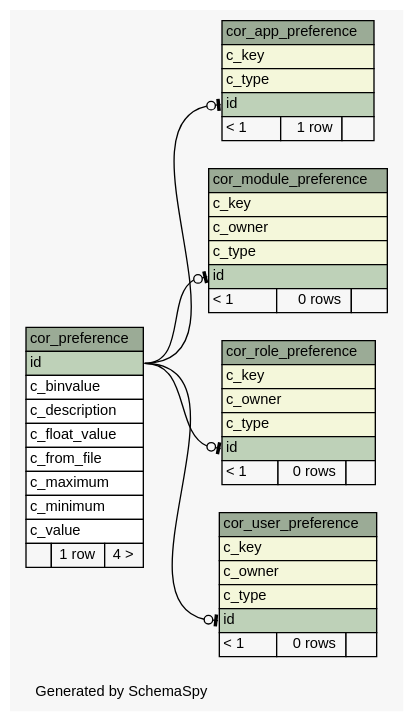
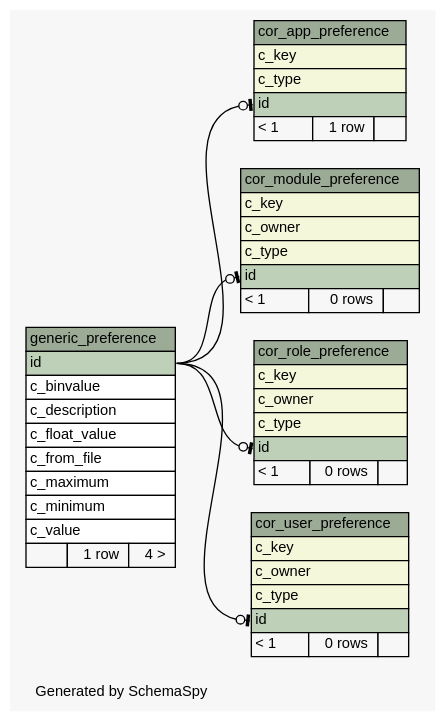
The diagram in schemaspy/diagrams/summary/relationships.real.large.dot (openwms/org.openwms.core.preferences.lib), drawn with Graphviz before and after one commit. The commit also changed 270 other files, not shown here.

```diff
--- a/schemaspy/diagrams/summary/relationships.real.large.dot
+++ b/schemaspy/diagrams/summary/relationships.real.large.dot
@@ -1,94 +1,94 @@
-// dot 2.38.0 on Linux 4.15.0-1037-gcp
+// dot 2.36.0 on Linux 4.4.0-101-generic
 // SchemaSpy rev Unknown
 digraph "largeRelationshipsDiagram" {
   graph [
     rankdir="RL"
     bgcolor="#f7f7f7"
     label="\nGenerated by SchemaSpy"
     labeljust="l"
     nodesep="0.18"
     ranksep="0.46"
     fontname="Helvetica"
     fontsize="11"
   ];
   node [
     fontname="Helvetica"
     fontsize="11"
     shape="plaintext"
   ];
   edge [
     arrowsize="0.8"
   ];
   "cor_app_preference" [
     label=<
     <TABLE BORDER="0" CELLBORDER="1" CELLSPACING="0" BGCOLOR="#ffffff">
       <TR><TD COLSPAN="3" BGCOLOR="#9bab96" ALIGN="CENTER">cor_app_preference</TD></TR>
       <TR><TD PORT="c_key" COLSPAN="3" BGCOLOR="#f4f7da" ALIGN="LEFT">c_key</TD></TR>
       <TR><TD PORT="c_type" COLSPAN="3" BGCOLOR="#f4f7da" ALIGN="LEFT">c_type</TD></TR>
       <TR><TD PORT="id" COLSPAN="3" BGCOLOR="#bed1b8" ALIGN="LEFT">id</TD></TR>
       <TR><TD ALIGN="LEFT" BGCOLOR="#f7f7f7">&lt; 1</TD><TD ALIGN="RIGHT" BGCOLOR="#f7f7f7">1 row</TD><TD ALIGN="RIGHT" BGCOLOR="#f7f7f7">  </TD></TR>
     </TABLE>>
     URL="tables/cor_app_preference.html"
     tooltip="cor_app_preference"
   ];
   "cor_module_preference" [
     label=<
     <TABLE BORDER="0" CELLBORDER="1" CELLSPACING="0" BGCOLOR="#ffffff">
       <TR><TD COLSPAN="3" BGCOLOR="#9bab96" ALIGN="CENTER">cor_module_preference</TD></TR>
       <TR><TD PORT="c_key" COLSPAN="3" BGCOLOR="#f4f7da" ALIGN="LEFT">c_key</TD></TR>
       <TR><TD PORT="c_owner" COLSPAN="3" BGCOLOR="#f4f7da" ALIGN="LEFT">c_owner</TD></TR>
       <TR><TD PORT="c_type" COLSPAN="3" BGCOLOR="#f4f7da" ALIGN="LEFT">c_type</TD></TR>
       <TR><TD PORT="id" COLSPAN="3" BGCOLOR="#bed1b8" ALIGN="LEFT">id</TD></TR>
       <TR><TD ALIGN="LEFT" BGCOLOR="#f7f7f7">&lt; 1</TD><TD ALIGN="RIGHT" BGCOLOR="#f7f7f7">0 rows</TD><TD ALIGN="RIGHT" BGCOLOR="#f7f7f7">  </TD></TR>
     </TABLE>>
     URL="tables/cor_module_preference.html"
     tooltip="cor_module_preference"
   ];
-  "cor_preference" [
-    label=<
-    <TABLE BORDER="0" CELLBORDER="1" CELLSPACING="0" BGCOLOR="#ffffff">
-      <TR><TD COLSPAN="3" BGCOLOR="#9bab96" ALIGN="CENTER">cor_preference</TD></TR>
-      <TR><TD PORT="id" COLSPAN="3" BGCOLOR="#bed1b8" ALIGN="LEFT">id</TD></TR>
-      <TR><TD PORT="c_binvalue" COLSPAN="3" ALIGN="LEFT">c_binvalue</TD></TR>
-      <TR><TD PORT="c_description" COLSPAN="3" ALIGN="LEFT">c_description</TD></TR>
-      <TR><TD PORT="c_float_value" COLSPAN="3" ALIGN="LEFT">c_float_value</TD></TR>
-      <TR><TD PORT="c_from_file" COLSPAN="3" ALIGN="LEFT">c_from_file</TD></TR>
-      <TR><TD PORT="c_maximum" COLSPAN="3" ALIGN="LEFT">c_maximum</TD></TR>
-      <TR><TD PORT="c_minimum" COLSPAN="3" ALIGN="LEFT">c_minimum</TD></TR>
-      <TR><TD PORT="c_value" COLSPAN="3" ALIGN="LEFT">c_value</TD></TR>
-      <TR><TD ALIGN="LEFT" BGCOLOR="#f7f7f7">  </TD><TD ALIGN="RIGHT" BGCOLOR="#f7f7f7">1 row</TD><TD ALIGN="RIGHT" BGCOLOR="#f7f7f7">4 &gt;</TD></TR>
-    </TABLE>>
-    URL="tables/cor_preference.html"
-    tooltip="cor_preference"
-  ];
   "cor_role_preference" [
     label=<
     <TABLE BORDER="0" CELLBORDER="1" CELLSPACING="0" BGCOLOR="#ffffff">
       <TR><TD COLSPAN="3" BGCOLOR="#9bab96" ALIGN="CENTER">cor_role_preference</TD></TR>
       <TR><TD PORT="c_key" COLSPAN="3" BGCOLOR="#f4f7da" ALIGN="LEFT">c_key</TD></TR>
       <TR><TD PORT="c_owner" COLSPAN="3" BGCOLOR="#f4f7da" ALIGN="LEFT">c_owner</TD></TR>
       <TR><TD PORT="c_type" COLSPAN="3" BGCOLOR="#f4f7da" ALIGN="LEFT">c_type</TD></TR>
       <TR><TD PORT="id" COLSPAN="3" BGCOLOR="#bed1b8" ALIGN="LEFT">id</TD></TR>
       <TR><TD ALIGN="LEFT" BGCOLOR="#f7f7f7">&lt; 1</TD><TD ALIGN="RIGHT" BGCOLOR="#f7f7f7">0 rows</TD><TD ALIGN="RIGHT" BGCOLOR="#f7f7f7">  </TD></TR>
     </TABLE>>
     URL="tables/cor_role_preference.html"
     tooltip="cor_role_preference"
   ];
   "cor_user_preference" [
     label=<
     <TABLE BORDER="0" CELLBORDER="1" CELLSPACING="0" BGCOLOR="#ffffff">
       <TR><TD COLSPAN="3" BGCOLOR="#9bab96" ALIGN="CENTER">cor_user_preference</TD></TR>
       <TR><TD PORT="c_key" COLSPAN="3" BGCOLOR="#f4f7da" ALIGN="LEFT">c_key</TD></TR>
       <TR><TD PORT="c_owner" COLSPAN="3" BGCOLOR="#f4f7da" ALIGN="LEFT">c_owner</TD></TR>
       <TR><TD PORT="c_type" COLSPAN="3" BGCOLOR="#f4f7da" ALIGN="LEFT">c_type</TD></TR>
       <TR><TD PORT="id" COLSPAN="3" BGCOLOR="#bed1b8" ALIGN="LEFT">id</TD></TR>
       <TR><TD ALIGN="LEFT" BGCOLOR="#f7f7f7">&lt; 1</TD><TD ALIGN="RIGHT" BGCOLOR="#f7f7f7">0 rows</TD><TD ALIGN="RIGHT" BGCOLOR="#f7f7f7">  </TD></TR>
     </TABLE>>
     URL="tables/cor_user_preference.html"
     tooltip="cor_user_preference"
   ];
-  "cor_app_preference":"id":w -> "cor_preference":"id":e [arrowhead=none dir=back arrowtail=teeodot];
-  "cor_module_preference":"id":w -> "cor_preference":"id":e [arrowhead=none dir=back arrowtail=teeodot];
-  "cor_role_preference":"id":w -> "cor_preference":"id":e [arrowhead=none dir=back arrowtail=teeodot];
-  "cor_user_preference":"id":w -> "cor_preference":"id":e [arrowhead=none dir=back arrowtail=teeodot];
+  "generic_preference" [
+    label=<
+    <TABLE BORDER="0" CELLBORDER="1" CELLSPACING="0" BGCOLOR="#ffffff">
+      <TR><TD COLSPAN="3" BGCOLOR="#9bab96" ALIGN="CENTER">generic_preference</TD></TR>
+      <TR><TD PORT="id" COLSPAN="3" BGCOLOR="#bed1b8" ALIGN="LEFT">id</TD></TR>
+      <TR><TD PORT="c_binvalue" COLSPAN="3" ALIGN="LEFT">c_binvalue</TD></TR>
+      <TR><TD PORT="c_description" COLSPAN="3" ALIGN="LEFT">c_description</TD></TR>
+      <TR><TD PORT="c_float_value" COLSPAN="3" ALIGN="LEFT">c_float_value</TD></TR>
+      <TR><TD PORT="c_from_file" COLSPAN="3" ALIGN="LEFT">c_from_file</TD></TR>
+      <TR><TD PORT="c_maximum" COLSPAN="3" ALIGN="LEFT">c_maximum</TD></TR>
+      <TR><TD PORT="c_minimum" COLSPAN="3" ALIGN="LEFT">c_minimum</TD></TR>
+      <TR><TD PORT="c_value" COLSPAN="3" ALIGN="LEFT">c_value</TD></TR>
+      <TR><TD ALIGN="LEFT" BGCOLOR="#f7f7f7">  </TD><TD ALIGN="RIGHT" BGCOLOR="#f7f7f7">1 row</TD><TD ALIGN="RIGHT" BGCOLOR="#f7f7f7">4 &gt;</TD></TR>
+    </TABLE>>
+    URL="tables/generic_preference.html"
+    tooltip="generic_preference"
+  ];
+  "cor_app_preference":"id":w -> "generic_preference":"id":e [arrowhead=none dir=back arrowtail=teeodot];
+  "cor_module_preference":"id":w -> "generic_preference":"id":e [arrowhead=none dir=back arrowtail=teeodot];
+  "cor_role_preference":"id":w -> "generic_preference":"id":e [arrowhead=none dir=back arrowtail=teeodot];
+  "cor_user_preference":"id":w -> "generic_preference":"id":e [arrowhead=none dir=back arrowtail=teeodot];
 }
```
